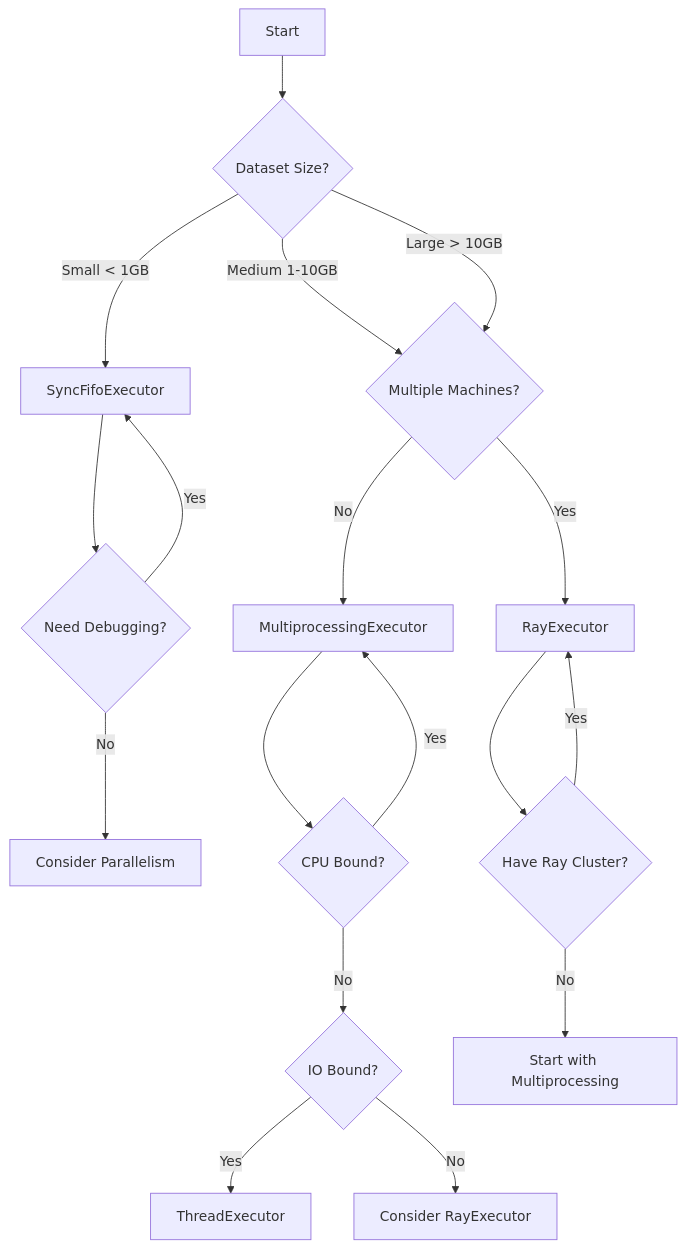
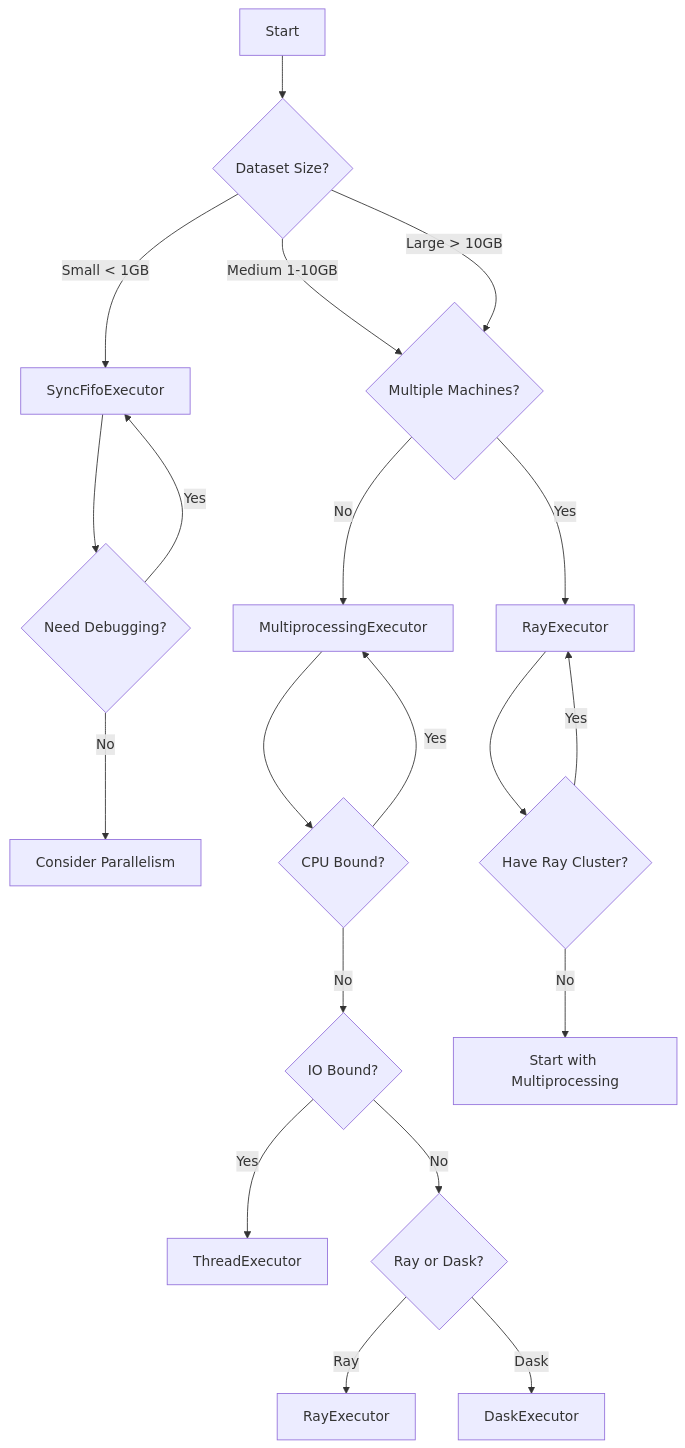
The diagram in docs/executors.md (albertobadia/zoopipe), drawn with Mermaid before and after one commit. The commit also changed other lines of this file and 18 other files, not shown here.

Commit message:
ADD: Dask executor

````diff
--- a/docs/executors.md
+++ b/docs/executors.md
@@ -256,23 +290,25 @@
 ```mermaid
 graph TD
     A[Start] --> B{Dataset Size?}
     B -->|Small < 1GB| C[SyncFifoExecutor]
     B -->|Medium 1-10GB| D{Multiple Machines?}
     B -->|Large > 10GB| D
     D -->|No| E[MultiprocessingExecutor]
     D -->|Yes| F[RayExecutor]
     
     C --> G{Need Debugging?}
     G -->|Yes| C
     G -->|No| H[Consider Parallelism]
     
     E --> I{CPU Bound?}
     I -->|Yes| E
     I -->|No| J{IO Bound?}
     J -->|Yes| M[ThreadExecutor]
-    J -->|No| N[Consider RayExecutor]
+    J -->|No| N{Ray or Dask?}
+    N -->|Ray| O[RayExecutor]
+    N -->|Dask| P[DaskExecutor]
     
     F --> K{Have Ray Cluster?}
     K -->|Yes| F
     K -->|No| L[Start with Multiprocessing]
 ```
````
